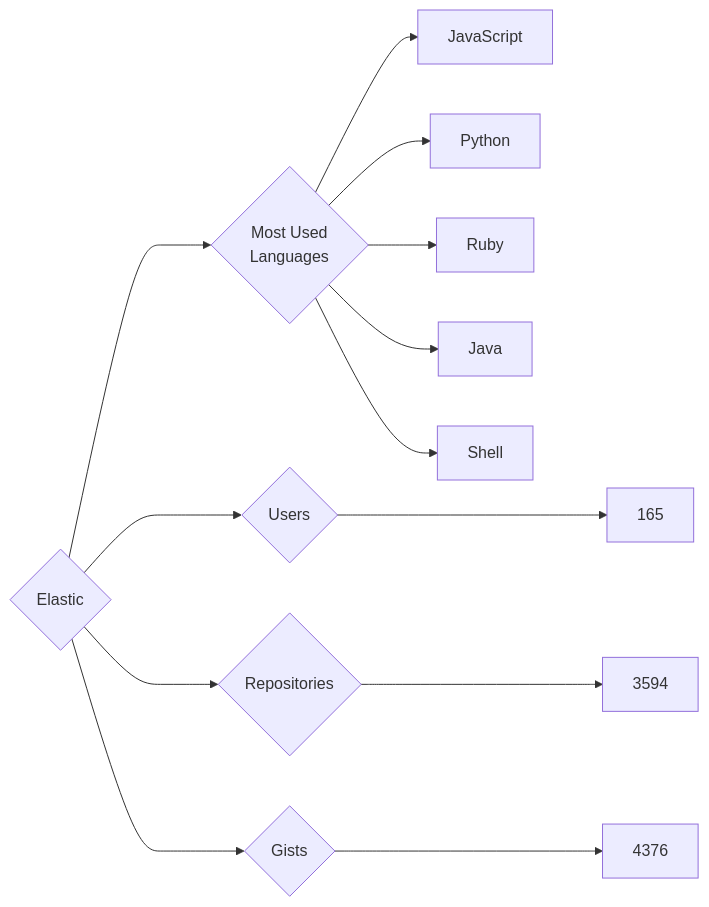
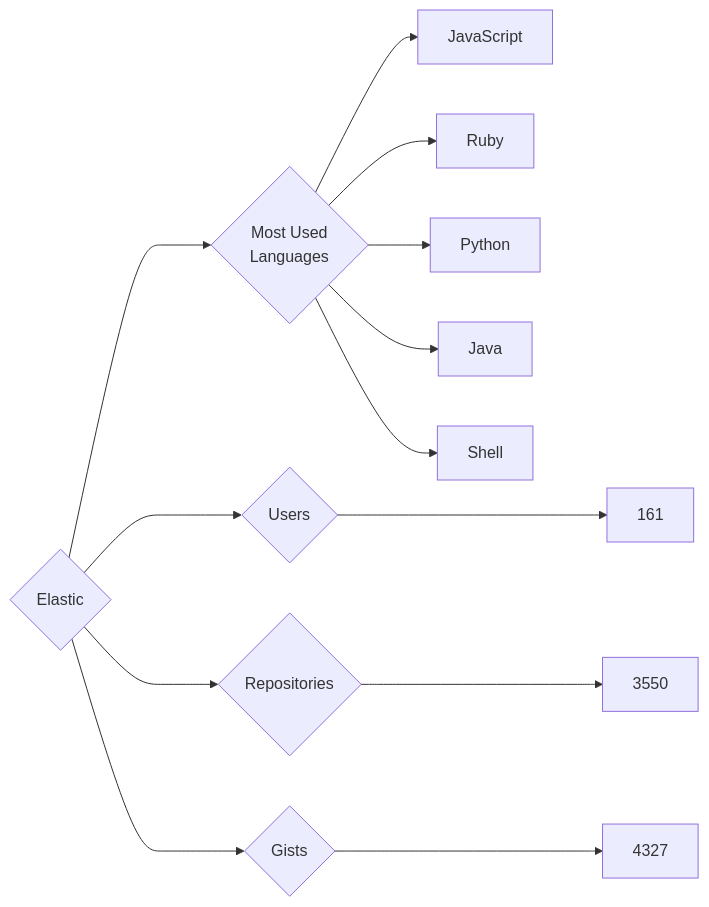
The diagram in targets/Elastic/README.md (trickest/insiders), drawn with Mermaid before and after one commit. The commit also changed 748 other files, not shown here.

````diff
--- a/targets/Elastic/README.md
+++ b/targets/Elastic/README.md
@@ -3,13 +3,13 @@
 ```mermaid
 graph LR
 COMPANY_NAME{Elastic}
-COMPANY_NAME ---> U{Users} ---> UN[165]
-COMPANY_NAME ---> R{Repositories} ---> RN[3594]
-COMPANY_NAME ---> G{Gists} ---> GN[4376]
+COMPANY_NAME ---> U{Users} ---> UN[161]
+COMPANY_NAME ---> R{Repositories} ---> RN[3550]
+COMPANY_NAME ---> G{Gists} ---> GN[4327]
 COMPANY_NAME ---> ML{Most Used<br>Languages}
 ML --> JavaScript[JavaScript]
+ML --> Ruby[Ruby]
 ML --> Python[Python]
-ML --> Ruby[Ruby]
 ML --> Java[Java]
 ML --> Shell[Shell]
 ```
````
